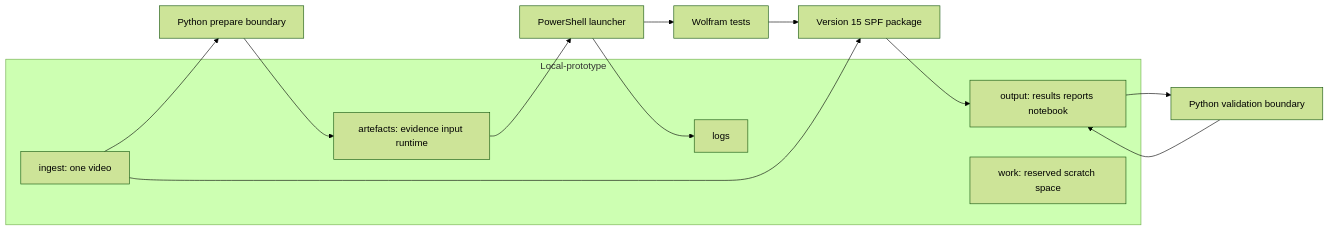
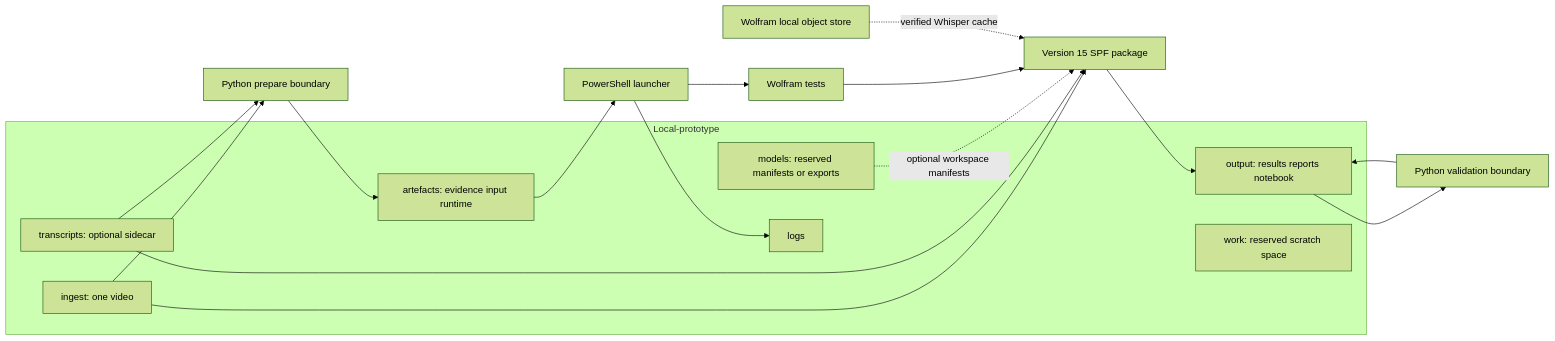
Before and after one commit to KG-khangelani/babelapha: the first of 3 diagrams in Documentation/mathematica/architecture.md, drawn with Mermaid (forest theme). The commit also changed other lines of this file and 10 other files, not shown here.

````diff
--- a/Documentation/mathematica/architecture.md
+++ b/Documentation/mathematica/architecture.md
@@ -9,21 +9,27 @@
 ```mermaid
 flowchart LR
     subgraph Workspace[Local-prototype]
         I[ingest: one video]
+        T[transcripts: optional sidecar]
+        M[models: reserved manifests or exports]
         E[artefacts: evidence input runtime]
         O[output: results reports notebook]
         L[logs]
         X[work: reserved scratch space]
     end
 
     I --> PB[Python prepare boundary]
+    T --> PB
     PB --> E
     E --> PS[PowerShell launcher]
     PS --> WT[Wolfram tests]
     WT --> WL[Version 15 SPF package]
     I --> WL
+    T --> WL
+    M -. optional workspace manifests .-> WL
+    C[Wolfram local object store] -. verified Whisper cache .-> WL
     WL --> O
     O --> VB[Python validation boundary]
     VB --> O
     PS --> L
 ```
````
